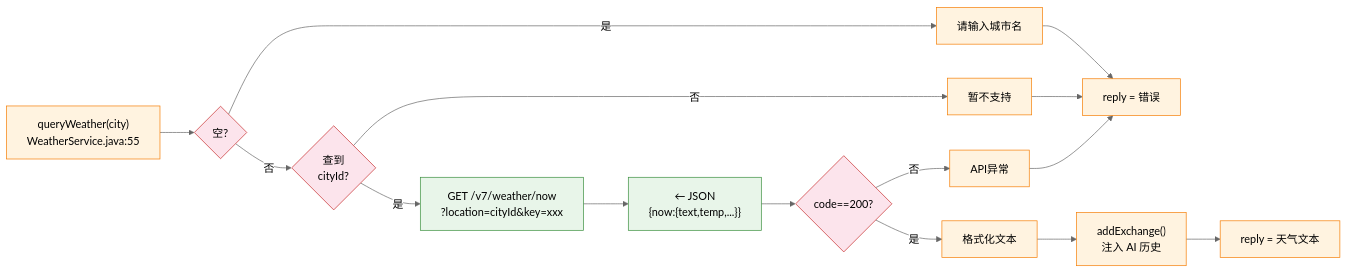
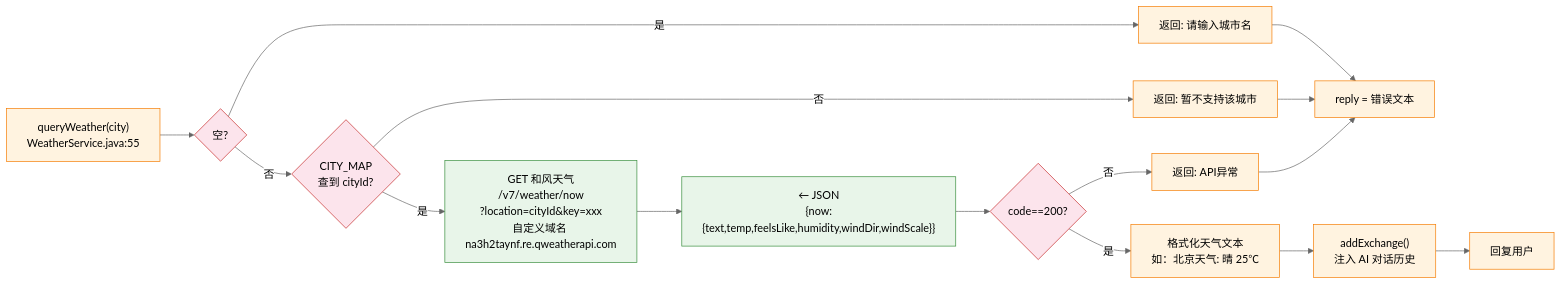
One commit to lys-123-qwe/Agent changed the sixth of 11 diagrams in ilink-flowchart.md. Above: the diagram before and after it, drawn with Mermaid (neutral theme). The commit also changed other lines of this file and 3 other files, not shown here.

Commit message:
欢迎信息及流程图完善

````diff
--- a/ilink-flowchart.md
+++ b/ilink-flowchart.md
@@ -123,23 +157,23 @@
 ```mermaid
 flowchart LR
     WS["queryWeather(city)<br>WeatherService.java:55"]:::process
     WE{"空?"}:::decision
     WS --> WE
-    WE --> |"是"| WEE["请输入城市名"]:::process
-    WE --> |"否"| WM{"查到<br>cityId?"}:::decision
-    WM --> |"否"| WEC["暂不支持"]:::process
-    WM --> |"是"| WA["GET /v7/weather/now<br>?location=cityId&key=xxx"]:::api
-    WA --> WR["← JSON<br>{now:{text,temp,...}}"]:::api
+    WE --> |"是"| WEE["返回: 请输入城市名"]:::process
+    WE --> |"否"| WM{"CITY_MAP<br>查到 cityId?"}:::decision
+    WM --> |"否"| WEC["返回: 暂不支持该城市"]:::process
+    WM --> |"是"| WA["GET 和风天气<br>/v7/weather/now<br>?location=cityId&key=xxx<br>自定义域名 na3h2taynf.re.qweatherapi.com"]:::api
+    WA --> WR["← JSON<br>{now:{text,temp,feelsLike,humidity,windDir,windScale}}"]:::api
     WR --> WC{"code==200?"}:::decision
-    WC --> |"否"| WEA["API异常"]:::process
-    WC --> |"是"| WF["格式化文本"]:::process
-    WF --> WI["addExchange()<br>注入 AI 历史"]:::process
-    WI --> WOK["reply = 天气文本"]:::process
-    WEE --> WER["reply = 错误"]:::process
+    WC --> |"否"| WEA["返回: API异常"]:::process
+    WC --> |"是"| WF["格式化天气文本<br>如：北京天气: 晴 25℃"]:::process
+    WF --> WI["addExchange()<br>注入 AI 对话历史"]:::process
+    WI --> WOK["回复用户"]:::process
+    WEE --> WER["reply = 错误文本"]:::process
     WEC --> WER
     WEA --> WER
 
     classDef process fill:#fff3e0,stroke:#f57c00;
     classDef decision fill:#fce4ec,stroke:#c62828;
     classDef api fill:#e8f5e9,stroke:#388e3c;
 ```
````
